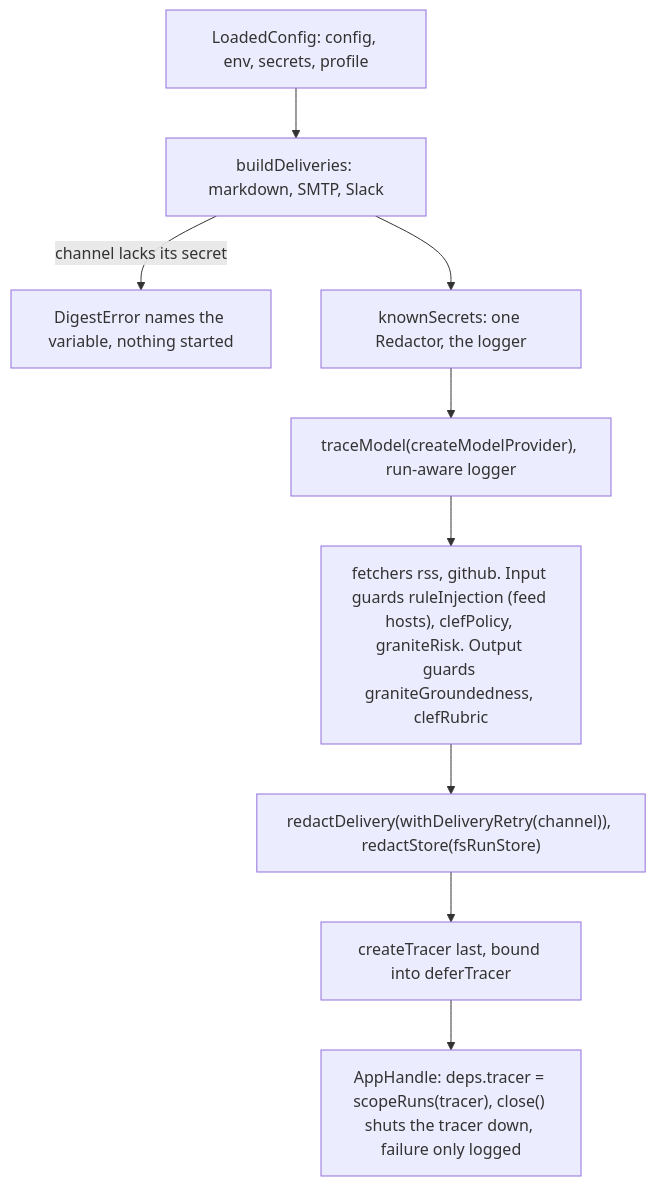
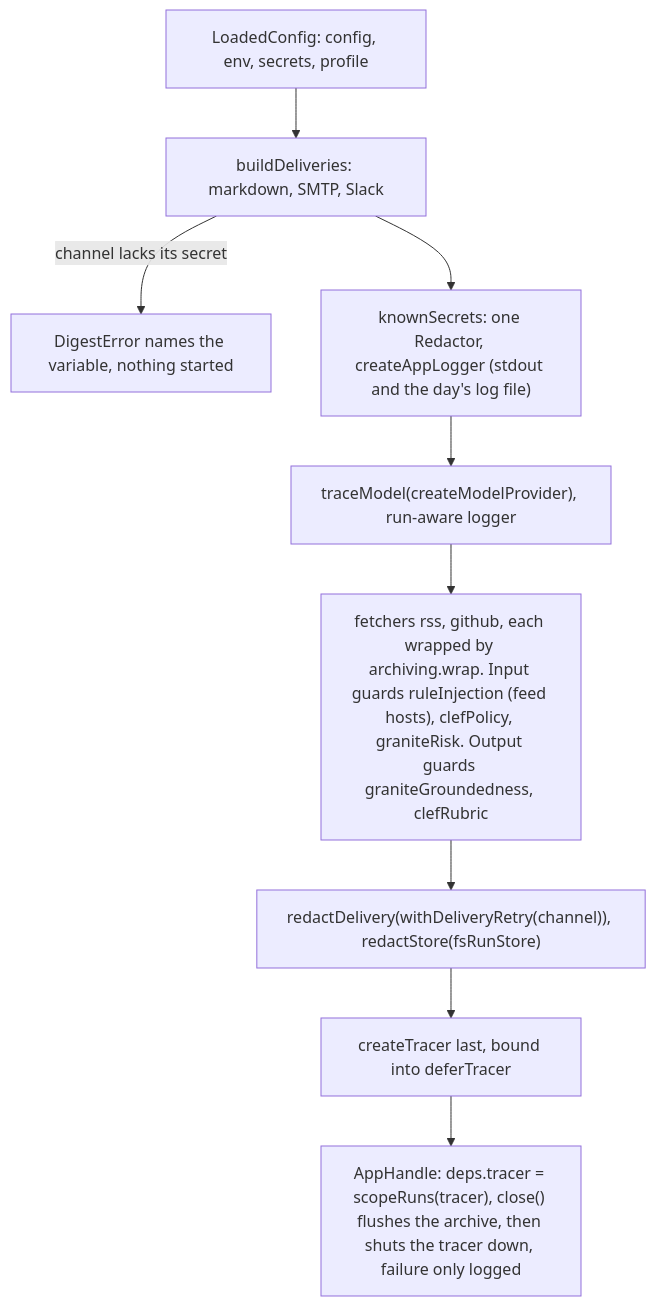
One commit to odere-pro/weekly-engineering-digest-agent changed the second of 2 diagrams in src/app/CLAUDE.md. Above: the diagram before and after it, drawn with Mermaid. The commit also changed other lines of this file and 133 other files, not shown here.

````diff
--- a/src/app/CLAUDE.md
+++ b/src/app/CLAUDE.md
@@ -23,11 +24,11 @@
 ```mermaid
 flowchart TD
   loaded["LoadedConfig: config, env, secrets, profile"] --> channels["buildDeliveries: markdown, SMTP, Slack"]
   channels -->|"channel lacks its secret"| fail["DigestError names the variable, nothing started"]
-  channels --> redactor["knownSecrets: one Redactor, the logger"]
+  channels --> redactor["knownSecrets: one Redactor, createAppLogger (stdout and the day's log file)"]
   redactor --> model["traceModel(createModelProvider), run-aware logger"]
-  model --> build["fetchers rss, github. Input guards ruleInjection (feed hosts), clefPolicy, graniteRisk. Output guards graniteGroundedness, clefRubric"]
+  model --> build["fetchers rss, github, each wrapped by archiving.wrap. Input guards ruleInjection (feed hosts), clefPolicy, graniteRisk. Output guards graniteGroundedness, clefRubric"]
   build --> wrap["redactDelivery(withDeliveryRetry(channel)), redactStore(fsRunStore)"]
   wrap --> tracer["createTracer last, bound into deferTracer"]
-  tracer --> handle["AppHandle: deps.tracer = scopeRuns(tracer), close() shuts the tracer down, failure only logged"]
+  tracer --> handle["AppHandle: deps.tracer = scopeRuns(tracer), close() flushes the archive, then shuts the tracer down, failure only logged"]
 ```
````
